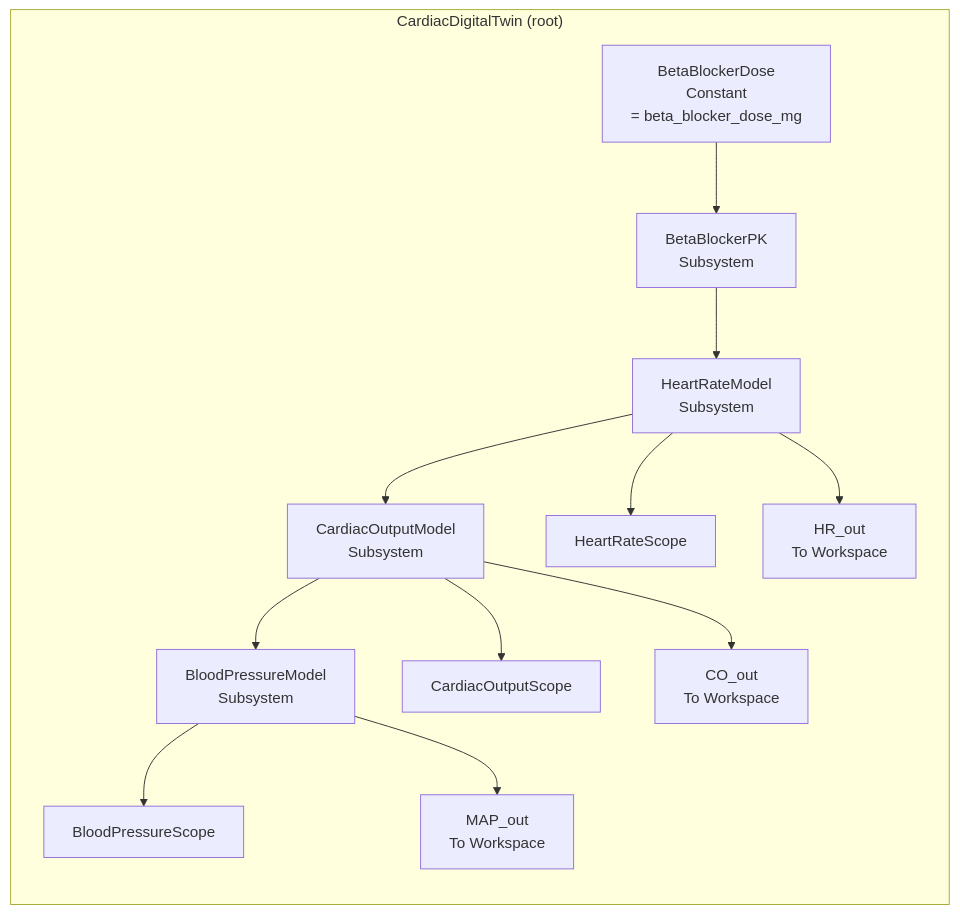
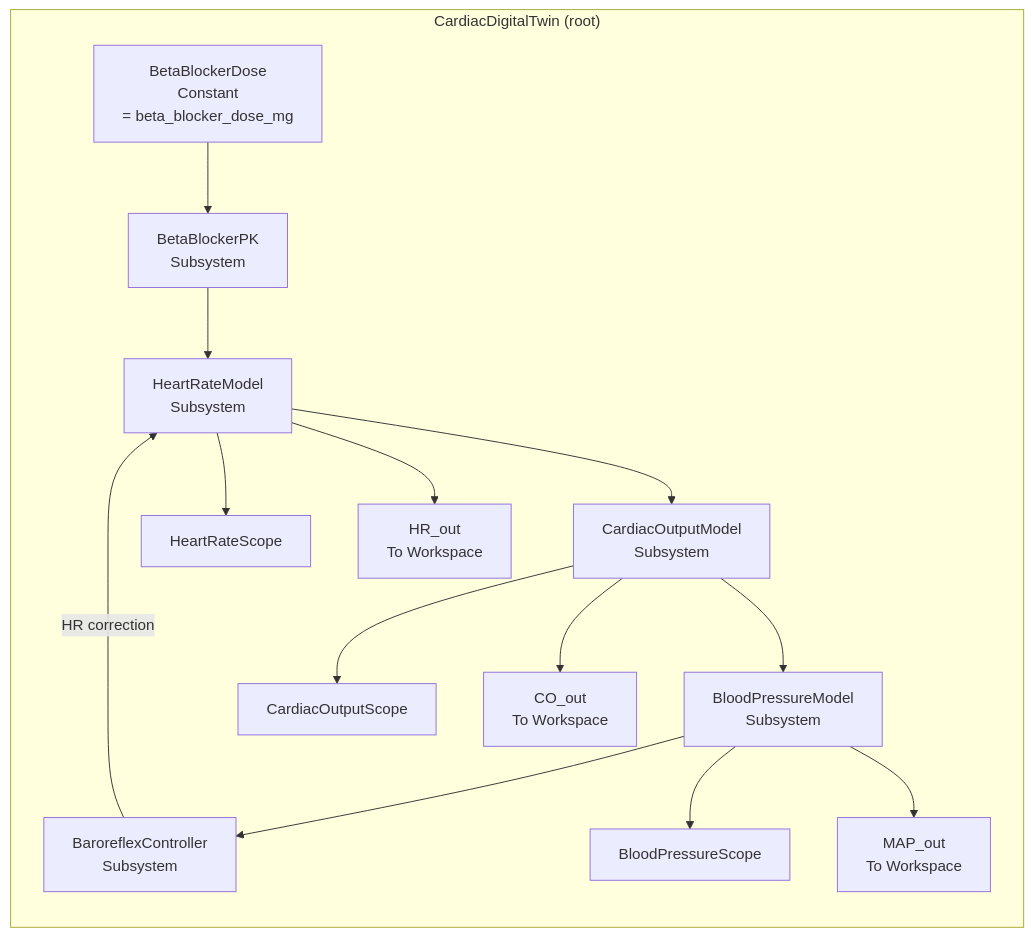
Before and after one commit to samueltauil/cardiac-digital-twin: the first of 5 diagrams in docs/architecture.md, drawn with Mermaid. The commit also changed other lines of this file and 30 other files, not shown here.

````diff
--- a/docs/architecture.md
+++ b/docs/architecture.md
@@ -37,24 +39,27 @@
 ```mermaid
 flowchart LR
     subgraph TopLevel["CardiacDigitalTwin (root)"]
         D[BetaBlockerDose<br/>Constant<br/>= beta_blocker_dose_mg]
         PK[BetaBlockerPK<br/>Subsystem]
         HR[HeartRateModel<br/>Subsystem]
         CO[CardiacOutputModel<br/>Subsystem]
         MAP[BloodPressureModel<br/>Subsystem]
+        BARO[BaroreflexController<br/>Subsystem]
         HRout[HR_out<br/>To Workspace]
         COout[CO_out<br/>To Workspace]
         MAPout[MAP_out<br/>To Workspace]
         HRscope[HeartRateScope]
         COscope[CardiacOutputScope]
         MAPscope[BloodPressureScope]
 
         D --> PK --> HR --> CO --> MAP
+        MAP --> BARO
+        BARO -->|HR correction| HR
         HR --> HRscope
         HR --> HRout
         CO --> COscope
         CO --> COout
         MAP --> MAPscope
         MAP --> MAPout
     end
 ```
````
